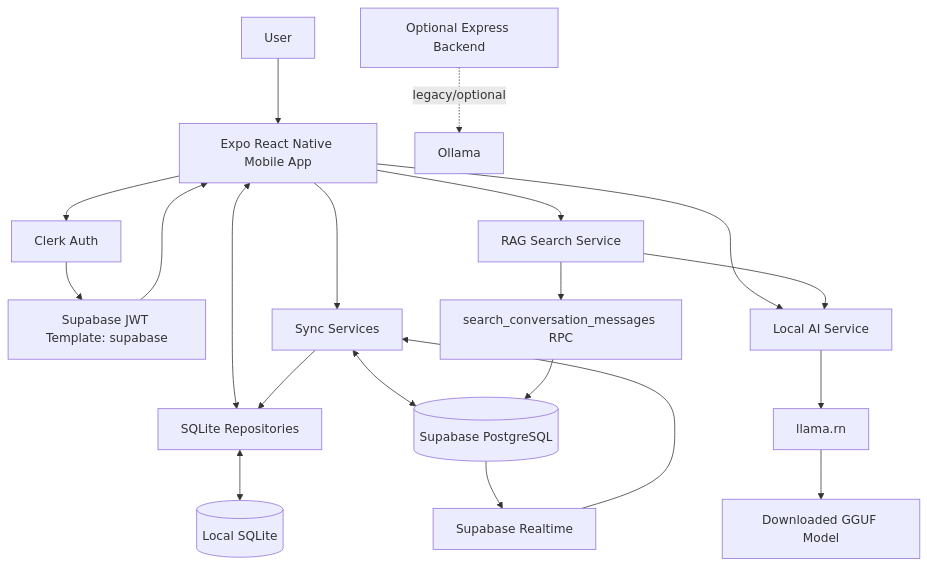
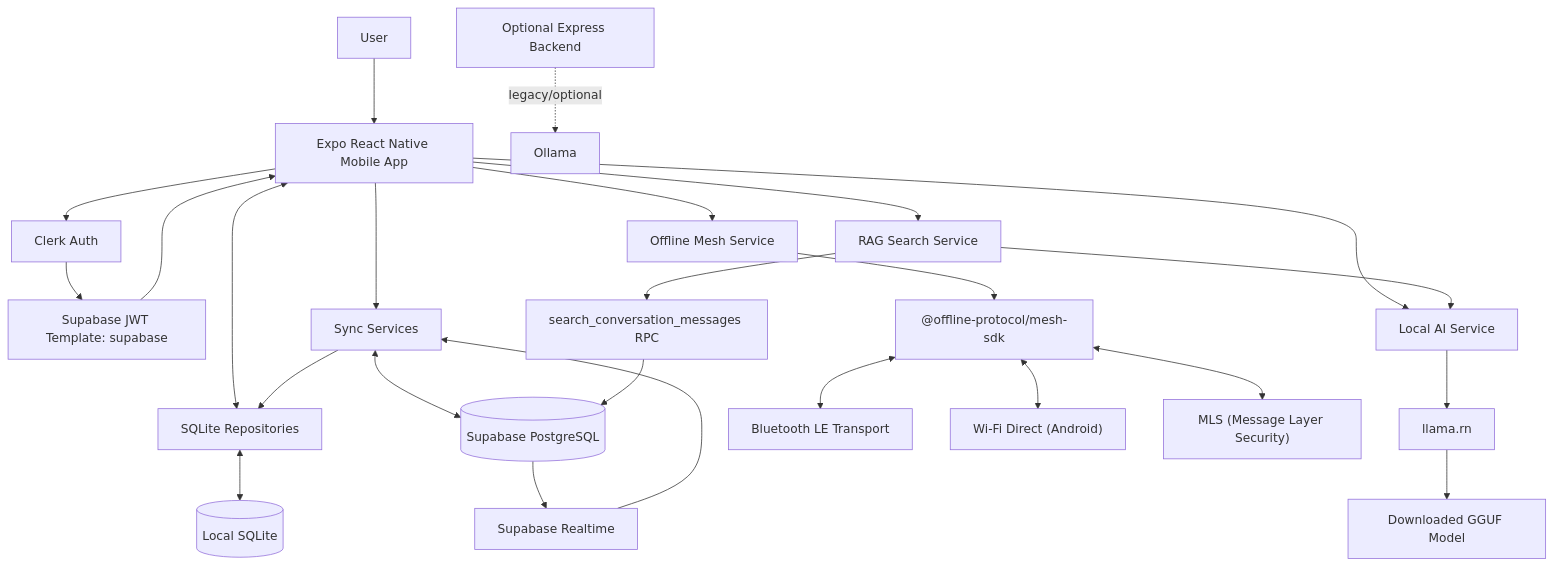
One commit to Abhinov007/AI-Rag-Messenger changed the first of 5 diagrams in docs/architecture.md. Above: the diagram before and after it, drawn with Mermaid. The commit also changed other lines of this file and 34 other files, not shown here.

Commit message:
feat: add offline mesh messaging support and update documentation

````diff
--- a/docs/architecture.md
+++ b/docs/architecture.md
@@ -18,28 +19,34 @@
 ```mermaid
 flowchart TD
     User["User"] --> Mobile["Expo React Native Mobile App"]
 
     Mobile --> Clerk["Clerk Auth"]
     Clerk --> Token["Supabase JWT Template: supabase"]
     Token --> Mobile
 
     Mobile <--> Repos["SQLite Repositories"]
     Repos <--> SQLite[("Local SQLite")]
 
     Mobile --> Sync["Sync Services"]
     Sync <--> Supabase[("Supabase PostgreSQL")]
     Supabase --> Realtime["Supabase Realtime"]
     Realtime --> Sync
     Sync --> Repos
 
     Mobile --> LocalAI["Local AI Service"]
     LocalAI --> LlamaRN["llama.rn"]
     LlamaRN --> ModelFile["Downloaded GGUF Model"]
 
     Mobile --> RagSearch["RAG Search Service"]
     RagSearch --> SupabaseRPC["search_conversation_messages RPC"]
     SupabaseRPC --> Supabase
     RagSearch --> LocalAI
 
+    Mobile --> Mesh["Offline Mesh Service"]
+    Mesh --> MeshSDK["@offline-protocol/mesh-sdk"]
+    MeshSDK <--> BLE["Bluetooth LE Transport"]
+    MeshSDK <--> WiFi["Wi-Fi Direct (Android)"]
+    MeshSDK <--> MLS["MLS (Message Layer Security)"]
+
     OptionalBackend["Optional Express Backend"] -. legacy/optional .-> Ollama["Ollama"]
 ```
````
